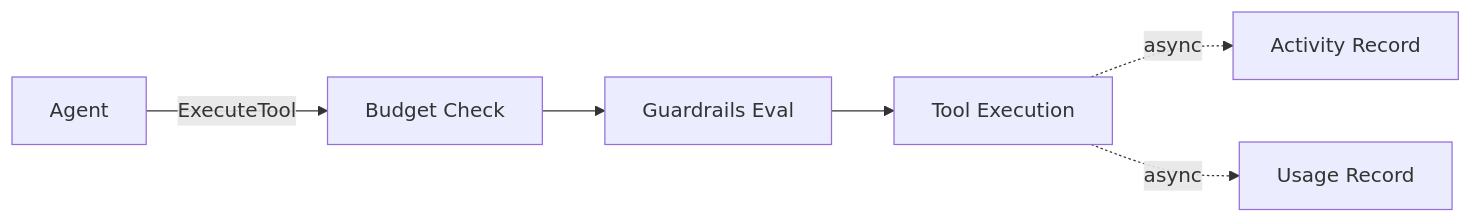
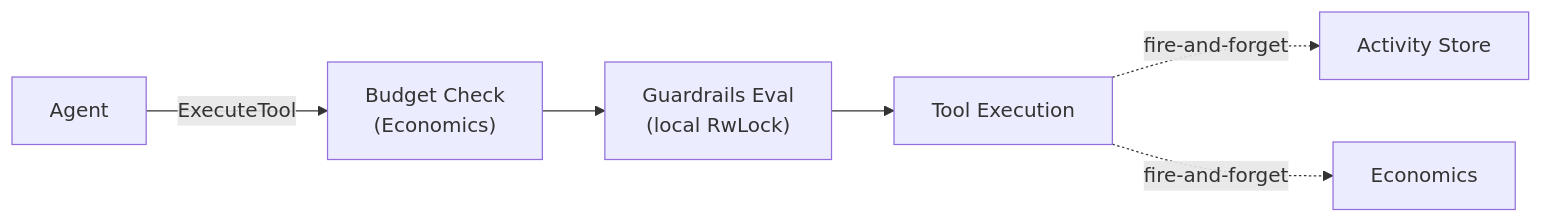
Before and after one commit to Baselyne-Systems/agent-sandbox-platform: the second of 4 diagrams in README.md, drawn with Mermaid. The commit also changed other lines of this file, not shown here.

First line of the commit message:
Simplify architecture diagram, add flow descriptions

````diff
--- a/README.md
+++ b/README.md
@@ -86,8 +69,8 @@
 ```mermaid
 flowchart LR
-    A[Agent] -->|ExecuteTool| B[Budget Check]
-    B --> C[Guardrails Eval]
+    A[Agent] -->|ExecuteTool| B["Budget Check<br/>(Economics)"]
+    B --> C["Guardrails Eval<br/>(local RwLock)"]
     C --> D[Tool Execution]
-    D -.->|async| E[Activity Record]
-    D -.->|async| F[Usage Record]
+    D -.->|"fire-and-forget"| E["Activity Store"]
+    D -.->|"fire-and-forget"| F["Economics"]
 ```
````
